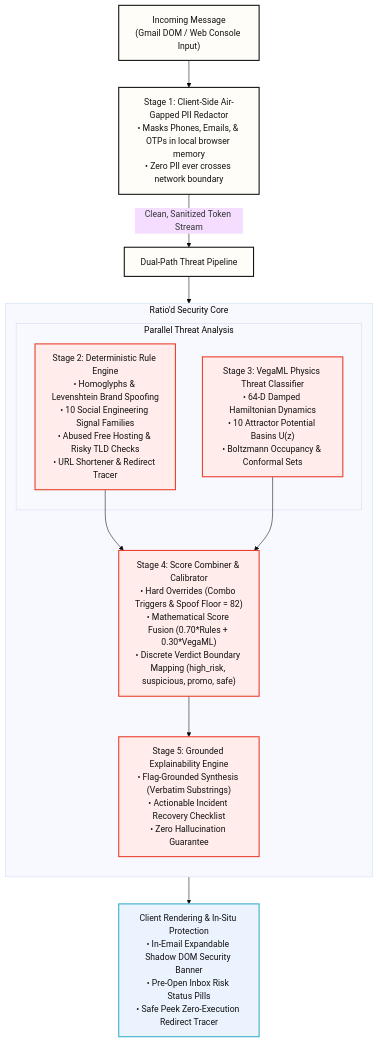
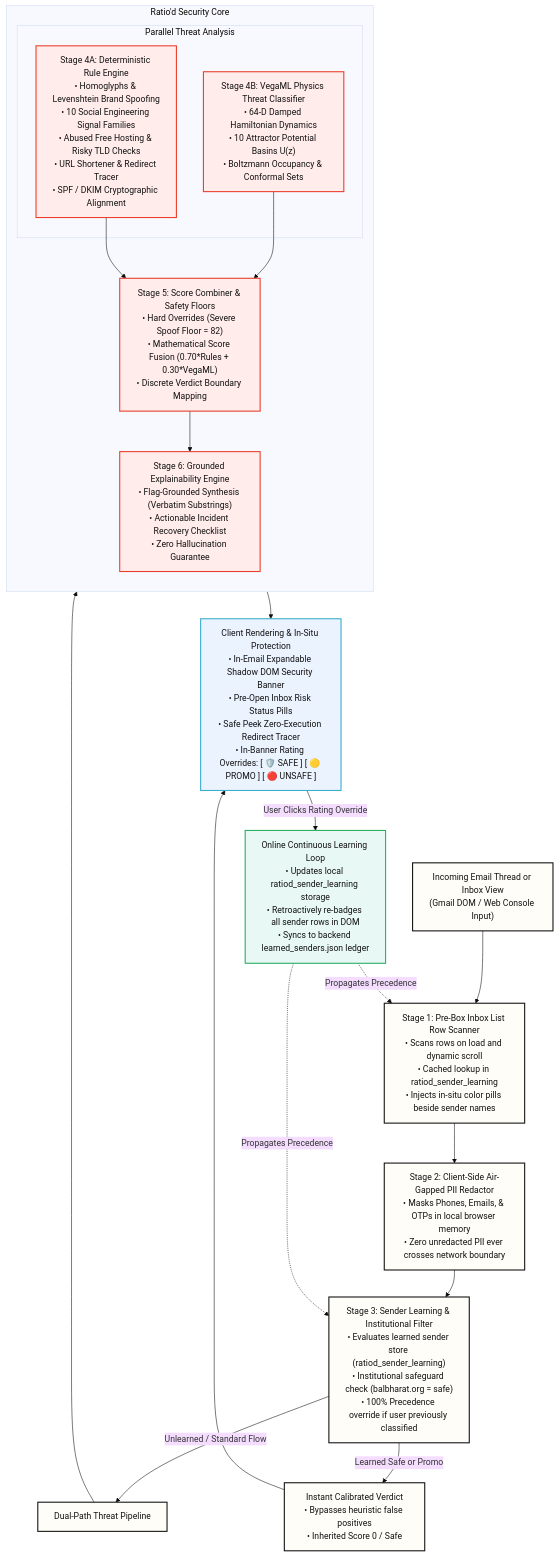
One commit to VedxntDev/Ratio-d changed the first of 5 diagrams in README.md. Above: the diagram before and after it, drawn with Mermaid (base theme). The commit also changed other lines of this file and 3 other files, not shown here.

Commit message:
docs: update system architecture flowcharts, continuous Bayesian learning diagrams, and v1.4.1 specifications

````diff
--- a/README.md
+++ b/README.md
@@ -132,35 +143,46 @@
 ```mermaid
 flowchart TD
-    INCOMING["Incoming Message<br/>(Gmail DOM / Web Console Input)"]
+    INCOMING["Incoming Email Thread or Inbox View<br/>(Gmail DOM / Web Console Input)"]
     
-    INCOMING --> STAGE1["Stage 1: Client-Side Air-Gapped PII Redactor<br/>• Masks Phones, Emails, & OTPs in local browser memory<br/>• Zero PII ever crosses network boundary"]
+    INCOMING --> STAGE1["Stage 1: Pre-Box Inbox List Row Scanner<br/>• Scans rows on load and dynamic scroll<br/>• Cached lookup in ratiod_sender_learning<br/>• Injects in-situ color pills beside sender names"]
+
+    STAGE1 --> STAGE2["Stage 2: Client-Side Air-Gapped PII Redactor<br/>• Masks Phones, Emails, & OTPs in local browser memory<br/>• Zero unredacted PII ever crosses network boundary"]
     
-    STAGE1 -->|Clean, Sanitized Token Stream| DUAL_PATH["Dual-Path Threat Pipeline"]
+    STAGE2 --> STAGE3["Stage 3: Sender Learning & Institutional Filter<br/>• Evaluates learned sender store (ratiod_sender_learning)<br/>• Institutional safeguard check (balbharat.org = safe)<br/>• 100% Precedence override if user previously classified"]
+
+    STAGE3 -->|Unlearned / Standard Flow| DUAL_PATH["Dual-Path Threat Pipeline"]
+    STAGE3 -->|Learned Safe or Promo| FAST_PATH["Instant Calibrated Verdict<br/>• Bypasses heuristic false positives<br/>• Inherited Score 0 / Safe"]
 
     subgraph CORE ["Ratio'd Security Core"]
         direction TB
         
         subgraph PARALLEL ["Parallel Threat Analysis"]
-            STAGE2["Stage 2: Deterministic Rule Engine<br/>• Homoglyphs & Levenshtein Brand Spoofing<br/>• 10 Social Engineering Signal Families<br/>• Abused Free Hosting & Risky TLD Checks<br/>• URL Shortener & Redirect Tracer"]
+            STAGE4A["Stage 4A: Deterministic Rule Engine<br/>• Homoglyphs & Levenshtein Brand Spoofing<br/>• 10 Social Engineering Signal Families<br/>• Abused Free Hosting & Risky TLD Checks<br/>• URL Shortener & Redirect Tracer<br/>• SPF / DKIM Cryptographic Alignment"]
             
-            STAGE3["Stage 3: VegaML Physics Threat Classifier<br/>• 64-D Damped Hamiltonian Dynamics<br/>• 10 Attractor Potential Basins U(z)<br/>• Boltzmann Occupancy & Conformal Sets"]
+            STAGE4B["Stage 4B: VegaML Physics Threat Classifier<br/>• 64-D Damped Hamiltonian Dynamics<br/>• 10 Attractor Potential Basins U(z)<br/>• Boltzmann Occupancy & Conformal Sets"]
         end
 
-        STAGE2 --> STAGE4["Stage 4: Score Combiner & Calibrator<br/>• Hard Overrides (Combo Triggers & Spoof Floor = 82)<br/>• Mathematical Score Fusion (0.70*Rules + 0.30*VegaML)<br/>• Discrete Verdict Boundary Mapping (high_risk, suspicious, promo, safe)"]
-        STAGE3 --> STAGE4
+        STAGE4A --> STAGE5["Stage 5: Score Combiner & Safety Floors<br/>• Hard Overrides (Severe Spoof Floor = 82)<br/>• Mathematical Score Fusion (0.70*Rules + 0.30*VegaML)<br/>• Discrete Verdict Boundary Mapping"]
+        STAGE4B --> STAGE5
 
-        STAGE4 --> STAGE5["Stage 5: Grounded Explainability Engine<br/>• Flag-Grounded Synthesis (Verbatim Substrings)<br/>• Actionable Incident Recovery Checklist<br/>• Zero Hallucination Guarantee"]
+        STAGE5 --> STAGE6["Stage 6: Grounded Explainability Engine<br/>• Flag-Grounded Synthesis (Verbatim Substrings)<br/>• Actionable Incident Recovery Checklist<br/>• Zero Hallucination Guarantee"]
     end
 
     DUAL_PATH --> CORE
+    FAST_PATH --> RENDERING
+    STAGE6 --> RENDERING["Client Rendering & In-Situ Protection<br/>• In-Email Expandable Shadow DOM Security Banner<br/>• Pre-Open Inbox Risk Status Pills<br/>• Safe Peek Zero-Execution Redirect Tracer<br/>• In-Banner Rating Overrides: [ 🛡️ SAFE ] [ 🟡 PROMO ] [ 🔴 UNSAFE ]"]
 
-    STAGE5 --> RENDERING["Client Rendering & In-Situ Protection<br/>• In-Email Expandable Shadow DOM Security Banner<br/>• Pre-Open Inbox Risk Status Pills<br/>• Safe Peek Zero-Execution Redirect Tracer"]
+    RENDERING -->|User Clicks Rating Override| FEEDBACK_LOOP["Online Continuous Learning Loop<br/>• Updates local ratiod_sender_learning storage<br/>• Retroactively re-badges all sender rows in DOM<br/>• Syncs to backend learned_senders.json ledger"]
+    FEEDBACK_LOOP -.->|Propagates Precedence| STAGE1
+    FEEDBACK_LOOP -.->|Propagates Precedence| STAGE3
 
     classDef stageBox fill:#FFFDF7,stroke:#121212,stroke-width:2px,color:#121212
     classDef coreBox fill:#FFECEB,stroke:#EA3E2B,stroke-width:2px,color:#121212
     classDef renderBox fill:#EBF3FF,stroke:#38AECC,stroke-width:2px,color:#121212
+    classDef loopBox fill:#E8F8F5,stroke:#27AE60,stroke-width:2px,color:#121212
 
-    class INCOMING,STAGE1,DUAL_PATH stageBox
-    class STAGE2,STAGE3,STAGE4,STAGE5 coreBox
+    class INCOMING,STAGE1,STAGE2,STAGE3,DUAL_PATH,FAST_PATH stageBox
+    class STAGE4A,STAGE4B,STAGE5,STAGE6 coreBox
     class RENDERING renderBox
+    class FEEDBACK_LOOP loopBox
 ```
````
